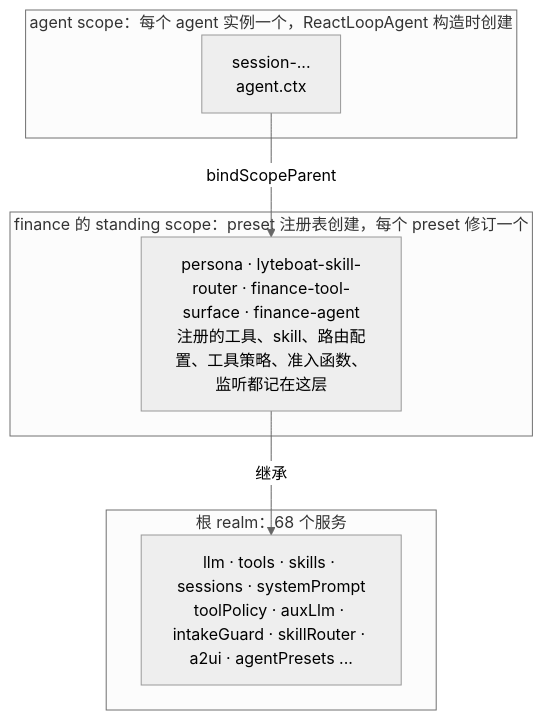
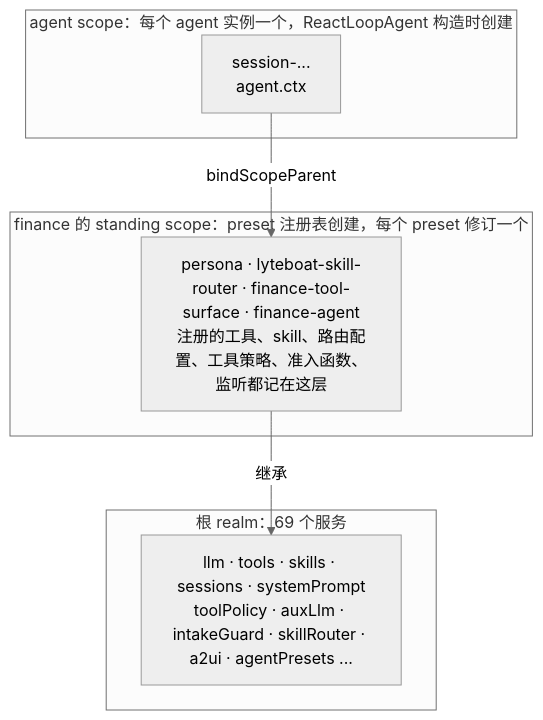
Before and after one commit to lyteboat/boat: the sixth of 11 diagrams in docs/01-architecture.md, drawn with Mermaid (neutral theme). The commit also changed other lines of this file and 61 other files, not shown here.

````diff
--- a/docs/01-architecture.md
+++ b/docs/01-architecture.md
@@ -377,14 +377,14 @@
 ```mermaid
 flowchart TB
-  subgraph ROOT["根 realm：68 个服务"]
+  subgraph ROOT["根 realm：69 个服务"]
     rsvc["llm · tools · skills · sessions · systemPrompt<br/>toolPolicy · auxLlm · intakeGuard · skillRouter · a2ui · agentPresets ..."]
   end
   subgraph STAND["finance 的 standing scope：preset 注册表创建，每个 preset 修订一个"]
     rows["persona · lyteboat-skill-router · finance-tool-surface · finance-agent<br/>注册的工具、skill、路由配置、工具策略、准入函数、监听都记在这层"]
   end
   subgraph AGS["agent scope：每个 agent 实例一个，ReactLoopAgent 构造时创建"]
     inst["session-...<br/>agent.ctx"]
   end
   inst -->|"bindScopeParent"| rows
   rows -->|"继承"| rsvc
 ```
````
